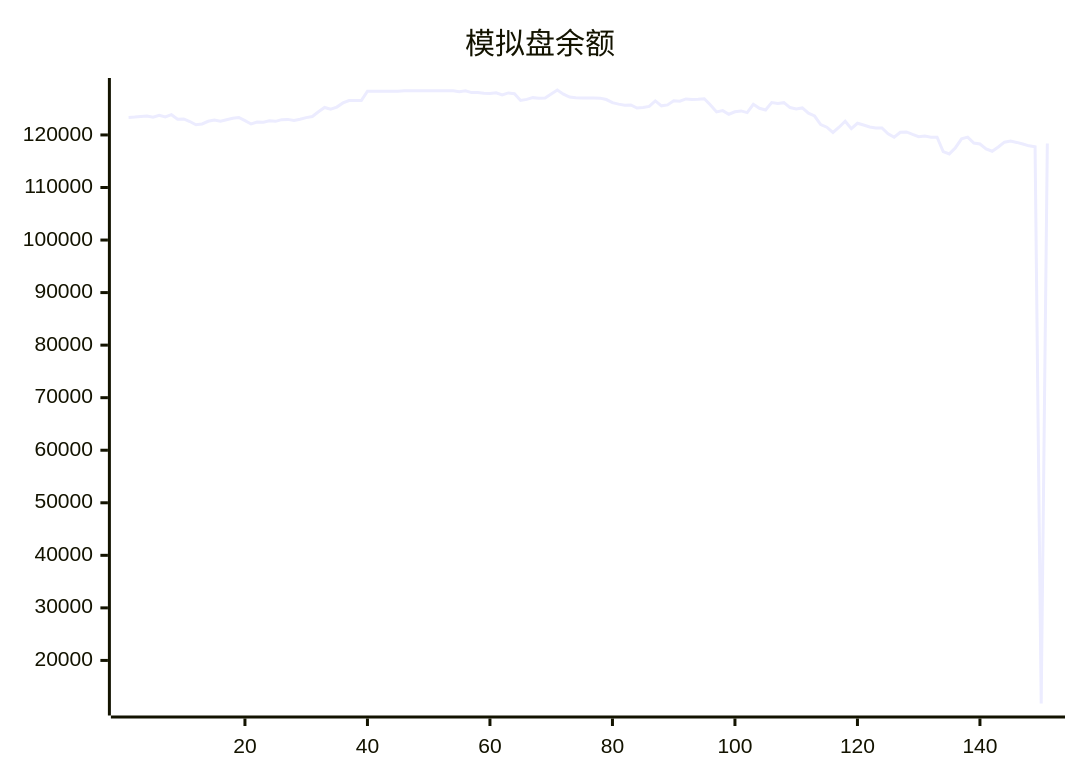
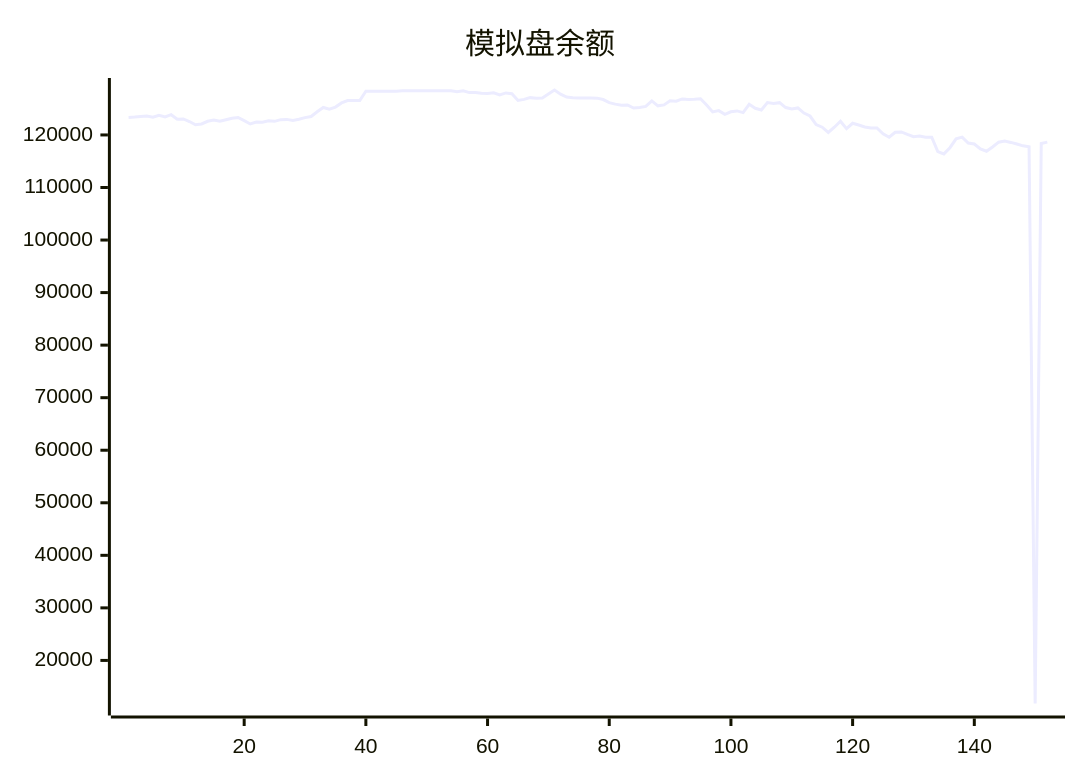
Before and after one commit to aahl/ai-trading: the diagram in README.md, drawn with Mermaid. The commit also changed other lines of this file and 1 other file, not shown here.

````diff
--- a/README.md
+++ b/README.md
@@ -5,5 +5,5 @@
 ```mermaid
 xychart
     title "模拟盘余额"
-    line [123338,123402,123530,123592,123378,123745,123413,123853,123009,123040,122557,121938,122095,122599,122856,122597,122898,123160,123319,122719,122087,122454,122416,122685,122592,122907,122961,122776,122981,123295,123507,124403,125224,124894,125303,126088,126544,126534,126549,128335,128318,128318,128318,128318,128318,128424,128424,128424,128424,128424,128424,128424,128424,128424,128247,128412,128062,128087,127917,127901,128026,127611,128000,127850,126572,126770,127100,126971,127029,127783,128554,127765,127224,127064,127044,127009,127025,127004,126738,126152,125871,125635,125707,125117,125217,125420,126480,125545,125715,126511,126424,126856,126764,126788,126890,125710,124381,124632,123936,124402,124574,124256,125833,125070,124739,126154,125966,126145,125213,124943,125143,124157,123604,121959,121476,120476,121470,122610,121201,122221,121889,121522,121332,121344,120232,119559,120513,120577,120108,119680,119777,119572,119568,116839,116392,117573,119250,119585,118469,118277,117338,116897,117706,118628,118849,118579,118280,117926,117735,11802,118373]
+    line [123338,123402,123530,123592,123378,123745,123413,123853,123009,123040,122557,121938,122095,122599,122856,122597,122898,123160,123319,122719,122087,122454,122416,122685,122592,122907,122961,122776,122981,123295,123507,124403,125224,124894,125303,126088,126544,126534,126549,128335,128318,128318,128318,128318,128318,128424,128424,128424,128424,128424,128424,128424,128424,128424,128247,128412,128062,128087,127917,127901,128026,127611,128000,127850,126572,126770,127100,126971,127029,127783,128554,127765,127224,127064,127044,127009,127025,127004,126738,126152,125871,125635,125707,125117,125217,125420,126480,125545,125715,126511,126424,126856,126764,126788,126890,125710,124381,124632,123936,124402,124574,124256,125833,125070,124739,126154,125966,126145,125213,124943,125143,124157,123604,121959,121476,120476,121470,122610,121201,122221,121889,121522,121332,121344,120232,119559,120513,120577,120108,119680,119777,119572,119568,116839,116392,117573,119250,119585,118469,118277,117338,116897,117706,118628,118849,118579,118280,117926,117735,11802,118373,118639]
 ```
````
